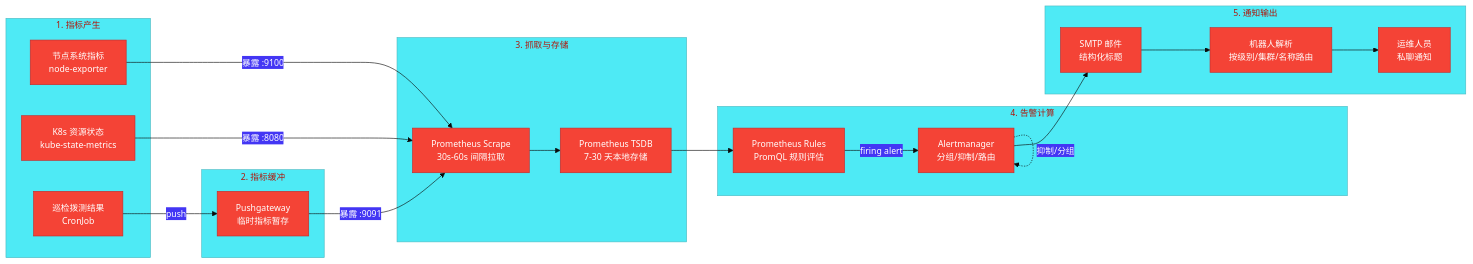
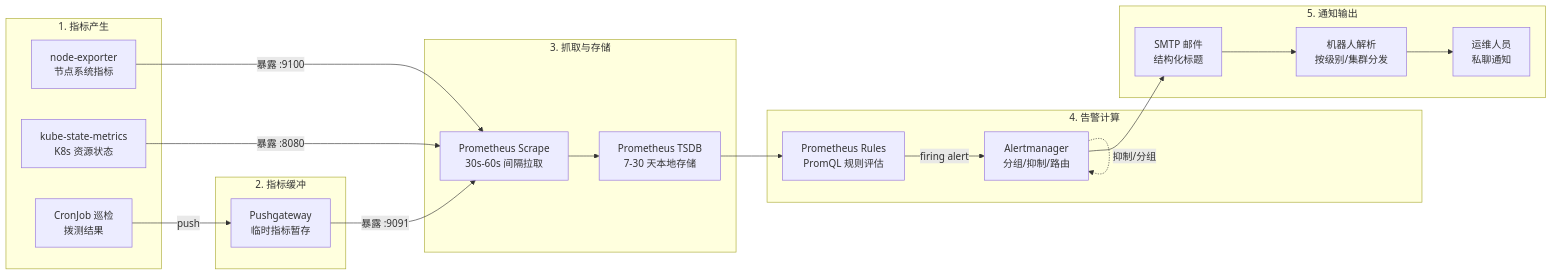
One commit to KadenZhang3321/CI_stable changed the second of 3 diagrams in Architecture Design/#1 Architecture Design Specification.md. Above: the diagram before and after it, drawn with Mermaid. The commit also changed other lines of this file, not shown here.

Commit message:
Update metadata, fix all Mermaid diagrams: use graph TB with direction LR in subgraphs

````diff
--- a/Architecture Design/#1 Architecture Design Specification.md
+++ b/Architecture Design/#1 Architecture Design Specification.md
@@ -77,49 +80,40 @@
 ```mermaid
-%%{init: {
-  'theme': 'base',
-  'themeVariables': {
-    'primaryColor': '#f44336',
-    'primaryBorderColor': '#c62828',
-    'primaryTextColor': '#ffffff',
-    'fontSize': '14px'
-  }
-}}%%
 graph LR
     subgraph "1. 指标产生"
-        Node["节点系统指标<br/>node-exporter"]
-        K8s["K8s 资源状态<br/>kube-state-metrics"]
-        Probe["巡检拨测结果<br/>CronJob"]
+        Node["node-exporter<br/>节点系统指标"]
+        K8s["kube-state-metrics<br/>K8s 资源状态"]
+        Probe["CronJob 巡检<br/>拨测结果"]
     end
 
     subgraph "2. 指标缓冲"
         PG["Pushgateway<br/>临时指标暂存"]
     end
 
     subgraph "3. 抓取与存储"
         Scrape["Prometheus Scrape<br/>30s-60s 间隔拉取"]
         TSDB["Prometheus TSDB<br/>7-30 天本地存储"]
     end
 
     subgraph "4. 告警计算"
         Rules["Prometheus Rules<br/>PromQL 规则评估"]
         AM["Alertmanager<br/>分组/抑制/路由"]
     end
 
     subgraph "5. 通知输出"
         Email["SMTP 邮件<br/>结构化标题"]
-        Bot["机器人解析<br/>按级别/集群/名称路由"]
+        Bot["机器人解析<br/>按级别/集群分发"]
         Staff["运维人员<br/>私聊通知"]
     end
 
     Node -->|暴露 :9100| Scrape
     K8s -->|暴露 :8080| Scrape
     Probe -->|push| PG
     PG -->|暴露 :9091| Scrape
     Scrape --> TSDB
     TSDB --> Rules
     Rules -->|firing alert| AM
     AM --> Email
     Email --> Bot
     Bot --> Staff
     AM -.->|抑制/分组| AM
 ```
````
